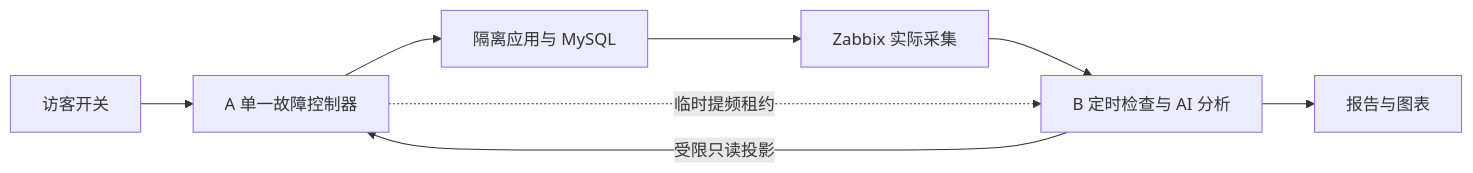
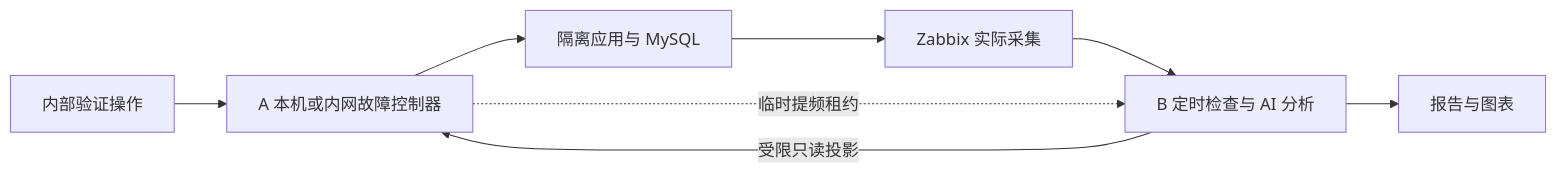
One commit to catdogrennie-gt/SignalLens-Lab changed the first of 2 diagrams in README.md. Above: the diagram before and after it, drawn with Mermaid. The commit also changed other lines of this file and 7 other files, not shown here.

````diff
--- a/README.md
+++ b/README.md
@@ -45,10 +48,10 @@
 ```mermaid
 flowchart LR
-    Visitor[访客开关] --> A[A 单一故障控制器]
+    Operator[内部验证操作] --> A[A 本机或内网故障控制器]
     A --> Lab[隔离应用与 MySQL]
     Lab --> Z[Zabbix 实际采集]
     Z --> B[B 定时检查与 AI 分析]
     B --> View[报告与图表]
     B -->|受限只读投影| A
     A -.临时提频租约.-> B
 ```
````
